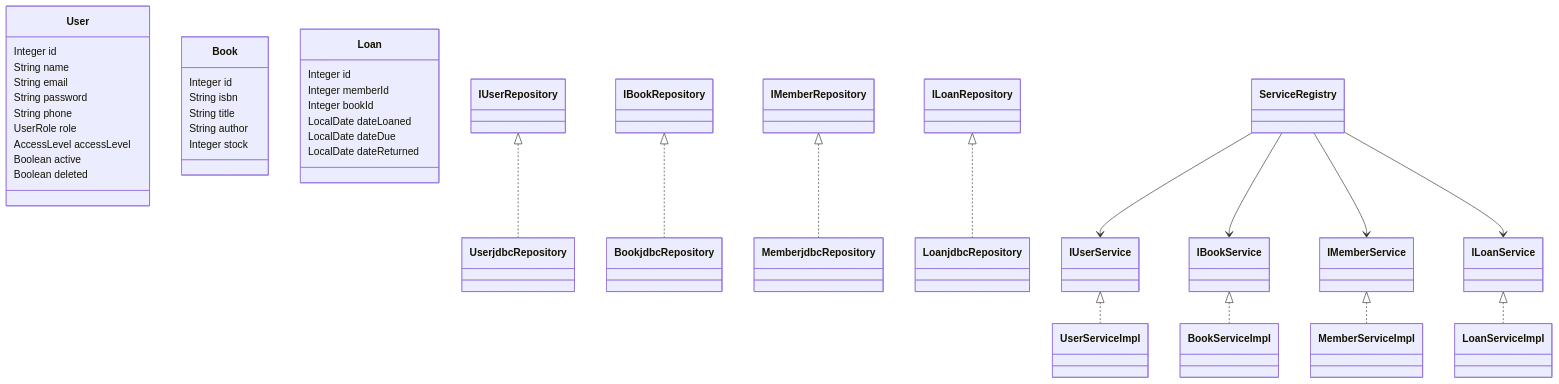
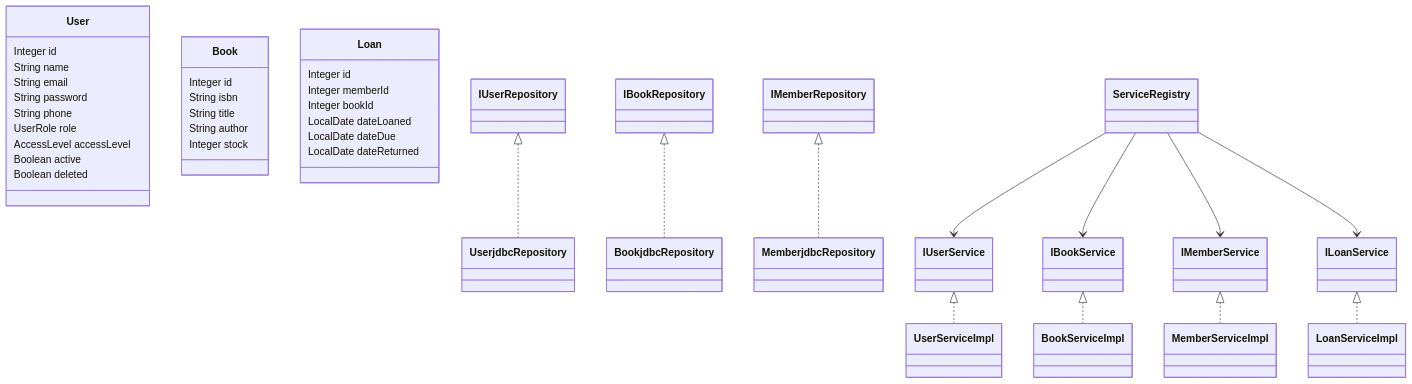
The first of 2 diagrams in README.md (ASADDS2/novabook), drawn with Mermaid before and after one commit. The commit also changed other lines of this file and 10 other files, not shown here.

````diff
--- a/README.md
+++ b/README.md
@@ -72,41 +72,40 @@
 ```mermaid
 classDiagram
   class User {
     Integer id
     String name
     String email
     String password
     String phone
     UserRole role
     AccessLevel accessLevel
     Boolean active
     Boolean deleted
   }
   class Book {
     Integer id
     String isbn
     String title
     String author
     Integer stock
   }
   class Loan {
     Integer id
     Integer memberId
     Integer bookId
     LocalDate dateLoaned
     LocalDate dateDue
     LocalDate dateReturned
   }
   IUserRepository <|.. UserjdbcRepository
   IBookRepository <|.. BookjdbcRepository
   IMemberRepository <|.. MemberjdbcRepository
-  ILoanRepository <|.. LoanjdbcRepository
   IUserService <|.. UserServiceImpl
   IBookService <|.. BookServiceImpl
   IMemberService <|.. MemberServiceImpl
   ILoanService <|.. LoanServiceImpl
   ServiceRegistry --> IUserService
   ServiceRegistry --> IBookService
   ServiceRegistry --> IMemberService
   ServiceRegistry --> ILoanService
 ```
````
